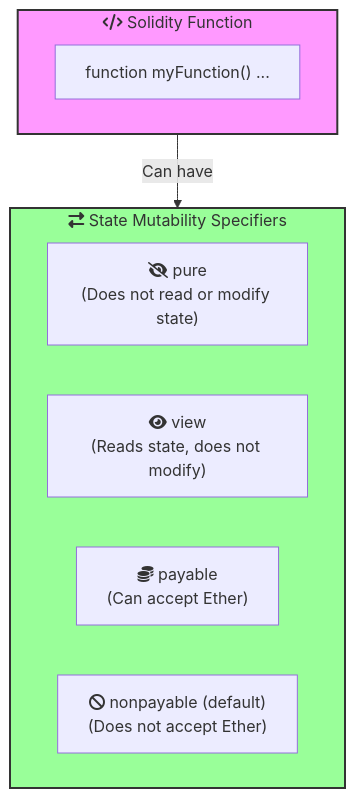
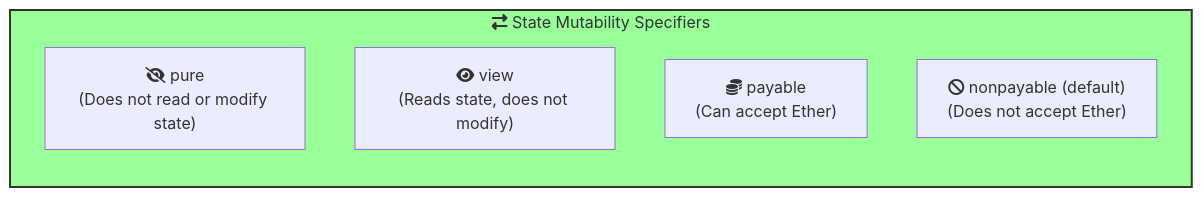
The seventh of 13 diagrams in _posts/2024-07-07-introduction-to-solidity.md (kelvin-bz/blog), drawn with Mermaid before and after one commit. The commit also changed other lines of this file, not shown here.

````diff
--- a/_posts/2024-07-07-introduction-to-solidity.md
+++ b/_posts/2024-07-07-introduction-to-solidity.md
@@ -939,18 +433,14 @@
 ```mermaid
-graph 
+graph LR
     subgraph mutabilitySpecifiers["<i class='fas fa-exchange-alt'></i> State Mutability Specifiers"]
         style mutabilitySpecifiers fill:#9f9,stroke:#333,stroke-width:2px
         pure["<i class='fas fa-eye-slash'></i> pure<br/>(Does not read or modify state)"]
         view["<i class='fas fa-eye'></i> view<br/>(Reads state, does not modify)"]
         payable["<i class='fas fa-coins'></i> payable<br/>(Can accept Ether)"]
         nonpayable["<i class='fas fa-ban'></i> nonpayable (default)<br/>(Does not accept Ether)"]
     end
 
-    subgraph solidityFunction["<i class='fas fa-code'></i> Solidity Function"]
-        style solidityFunction fill:#f9f,stroke:#333,stroke-width:2px
-        functionDeclaration["function myFunction() ..."]
-    end
 
-    solidityFunction --> |Can have| mutabilitySpecifiers
+
 
 ```
````
